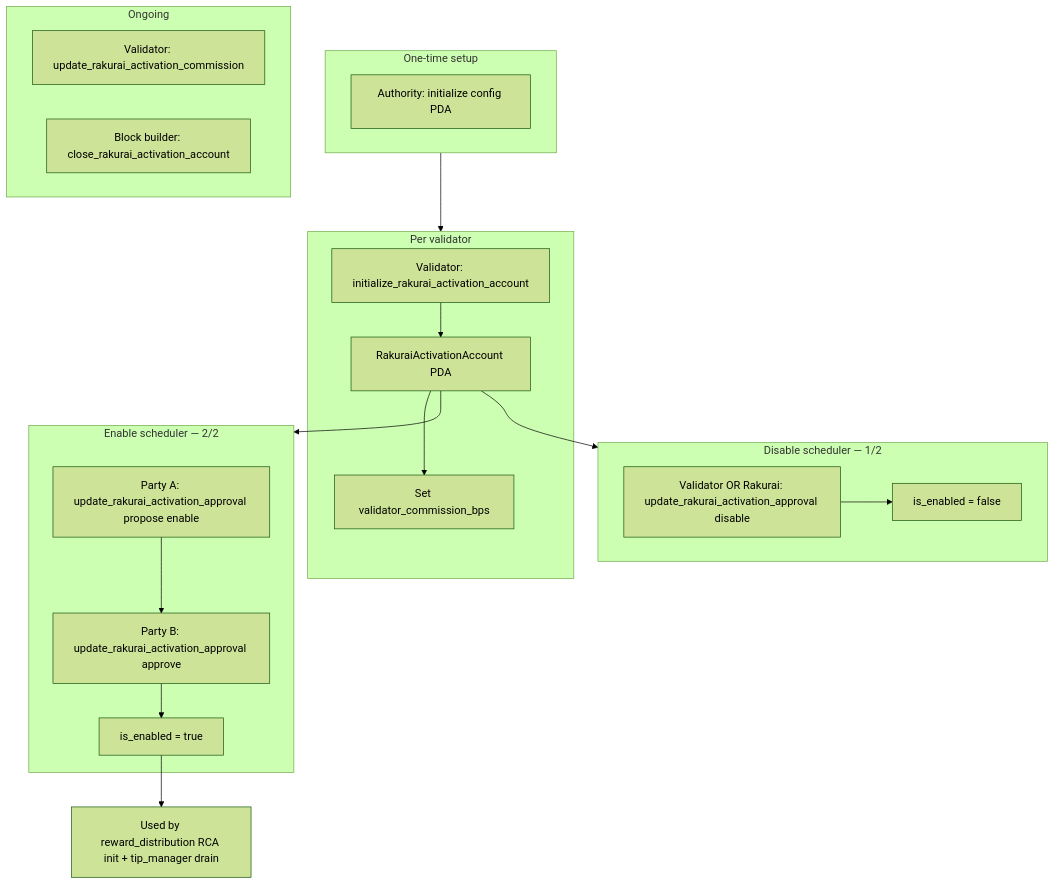
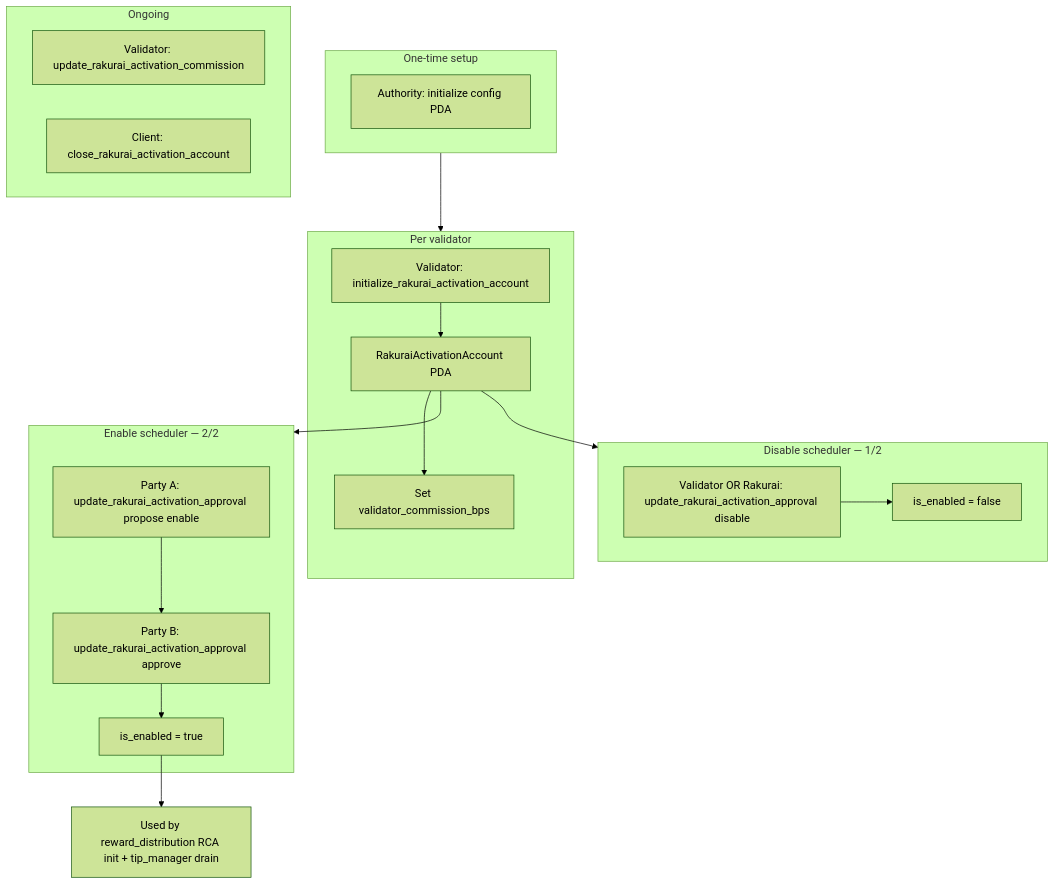
Before and after one commit to rakurai-io/rakurai_programs: the first of 4 diagrams in diagram/program-flow-diagrams.md, drawn with Mermaid (forest theme). The commit also changed other lines of this file and 25 other files, not shown here.

````diff
--- a/diagram/program-flow-diagrams.md
+++ b/diagram/program-flow-diagrams.md
@@ -11,33 +11,33 @@
 ```mermaid
 flowchart TD
     subgraph setup [One-time setup]
         A1[Authority: initialize config PDA]
     end
 
     subgraph perValidator [Per validator]
         V1[Validator: initialize_rakurai_activation_account]
         V1 --> RAA[RakuraiActivationAccount PDA]
         RAA --> V2[Set validator_commission_bps]
     end
 
     subgraph enable [Enable scheduler — 2/2]
         E1[Party A: update_rakurai_activation_approval propose enable]
         E1 --> E2[Party B: update_rakurai_activation_approval approve]
         E2 --> ON[is_enabled = true]
     end
 
     subgraph disable [Disable scheduler — 1/2]
         D1[Validator OR Rakurai: update_rakurai_activation_approval disable]
         D1 --> OFF[is_enabled = false]
     end
 
     subgraph ongoing [Ongoing]
         C1[Validator: update_rakurai_activation_commission]
-        X1[Block builder: close_rakurai_activation_account]
+        X1[Client: close_rakurai_activation_account]
     end
 
     setup --> perValidator
     RAA --> enable
     RAA --> disable
     ON --> RD[Used by reward_distribution RCA init + tip_manager drain]
 ```
````
